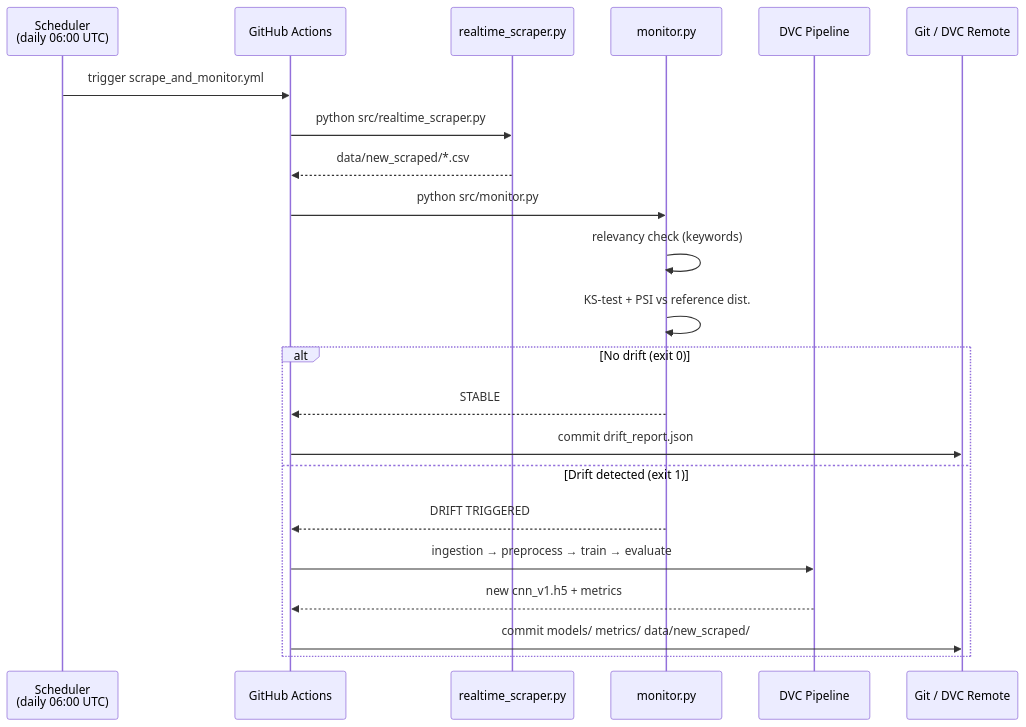
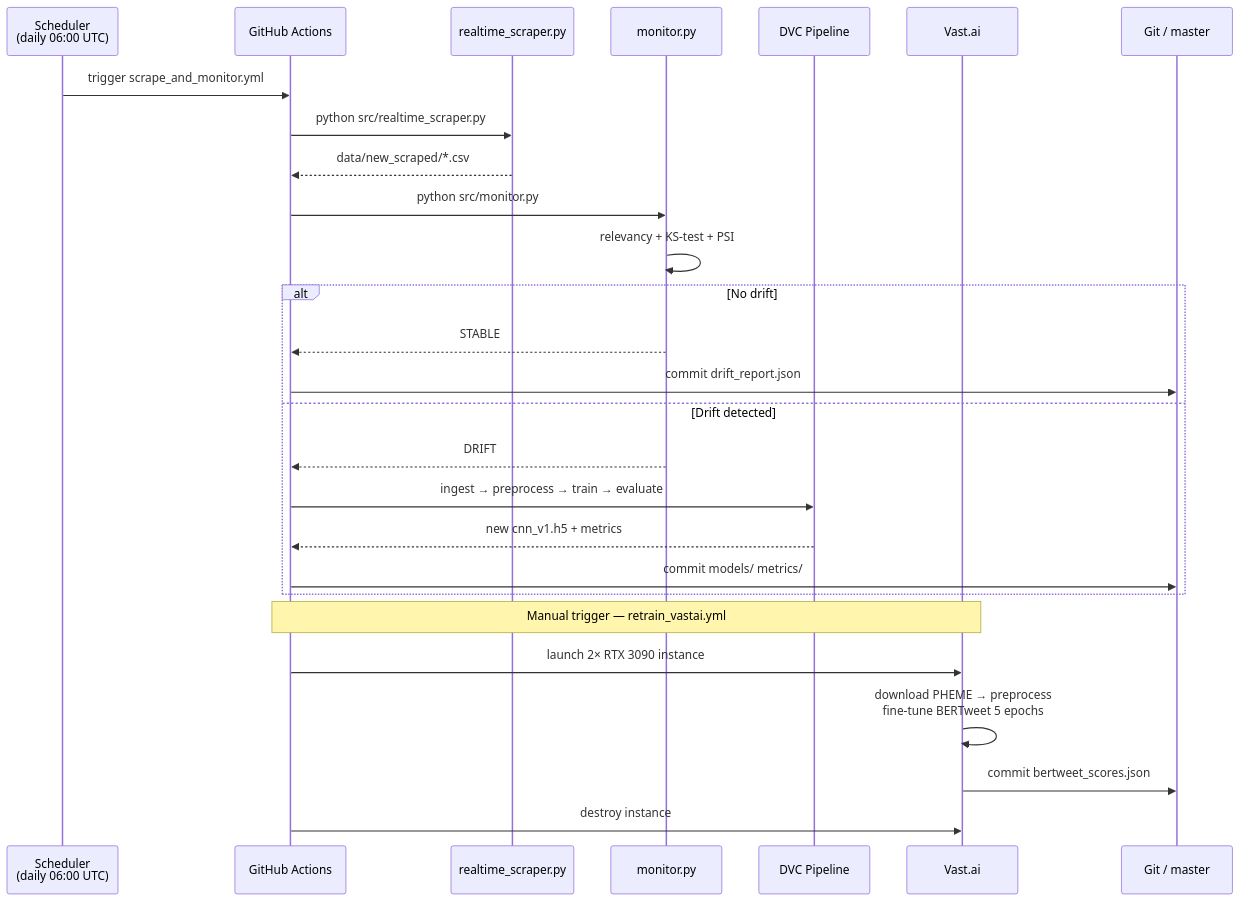
Before and after one commit to zegdane1998/fake-news-mlops: the seventh of 9 diagrams in diagrams.md, drawn with Mermaid. The commit also changed other lines of this file and 3 other files, not shown here.

First line of the commit message:
Fix Vast.ai retraining pipeline and update diagrams

````diff
--- a/diagrams.md
+++ b/diagrams.md
@@ -154,27 +218,33 @@
 ```mermaid
 sequenceDiagram
     participant SCH as Scheduler<br/>(daily 06:00 UTC)
     participant GHA as GitHub Actions
     participant SCR as realtime_scraper.py
     participant MON as monitor.py
     participant DVC as DVC Pipeline
-    participant GIT as Git / DVC Remote
+    participant VAST as Vast.ai
+    participant GIT as Git / master
 
     SCH->>GHA: trigger scrape_and_monitor.yml
     GHA->>SCR: python src/realtime_scraper.py
     SCR-->>GHA: data/new_scraped/*.csv
 
     GHA->>MON: python src/monitor.py
-    MON->>MON: relevancy check (keywords)
-    MON->>MON: KS-test + PSI vs reference dist.
+    MON->>MON: relevancy + KS-test + PSI
 
-    alt No drift (exit 0)
+    alt No drift
         MON-->>GHA: STABLE
         GHA->>GIT: commit drift_report.json
-    else Drift detected (exit 1)
-        MON-->>GHA: DRIFT TRIGGERED
-        GHA->>DVC: ingestion → preprocess → train → evaluate
+    else Drift detected
+        MON-->>GHA: DRIFT
+        GHA->>DVC: ingest → preprocess → train → evaluate
         DVC-->>GHA: new cnn_v1.h5 + metrics
-        GHA->>GIT: commit models/ metrics/ data/new_scraped/
+        GHA->>GIT: commit models/ metrics/
     end
+
+    Note over GHA,VAST: Manual trigger — retrain_vastai.yml
+    GHA->>VAST: launch 2× RTX 3090 instance
+    VAST->>VAST: download PHEME → preprocess<br/>fine-tune BERTweet  5 epochs
+    VAST->>GIT: commit bertweet_scores.json
+    GHA->>VAST: destroy instance
 ```
````
